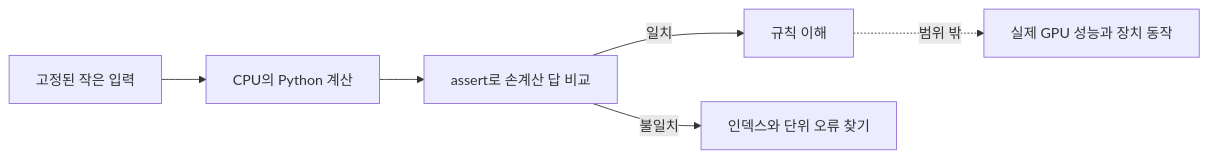
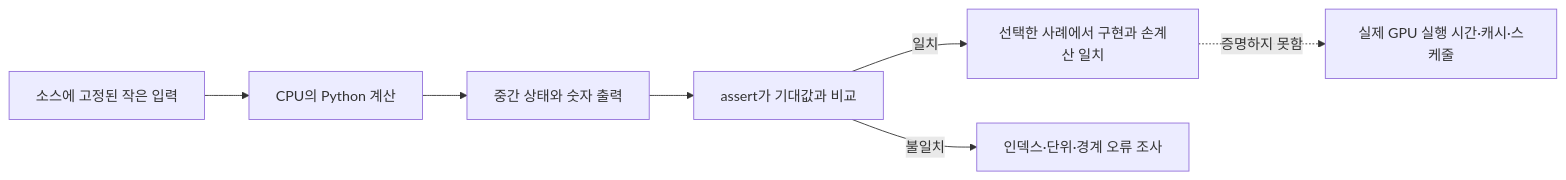
Before and after one commit to mj006648/netai-devsecops-runbook: the diagram in learning/gpu-programming/13-local-models.md, drawn with Mermaid. The commit also changed other lines of this file and 62 other files, not shown here.

````diff
--- a/learning/gpu-programming/13-local-models.md
+++ b/learning/gpu-programming/13-local-models.md
@@ -19,8 +15,9 @@
 ```mermaid
 flowchart LR
-  I[고정된 작은 입력] --> P[CPU의 Python 계산]
-  P --> A[assert로 손계산 답 비교]
-  A -->|일치| L[규칙 이해]
-  A -->|불일치| D[인덱스와 단위 오류 찾기]
-  L -. 범위 밖 .-> G[실제 GPU 성능과 장치 동작]
+  I[소스에 고정된 작은 입력] --> P[CPU의 Python 계산]
+  P --> T[중간 상태와 숫자 출력]
+  T --> A[assert가 기대값과 비교]
+  A -->|일치| U[선택한 사례에서 구현과 손계산 일치]
+  A -->|불일치| D[인덱스·단위·경계 오류 조사]
+  U -. 증명하지 못함 .-> G[실제 GPU 실행 시간·캐시·스케줄]
 ```
````
